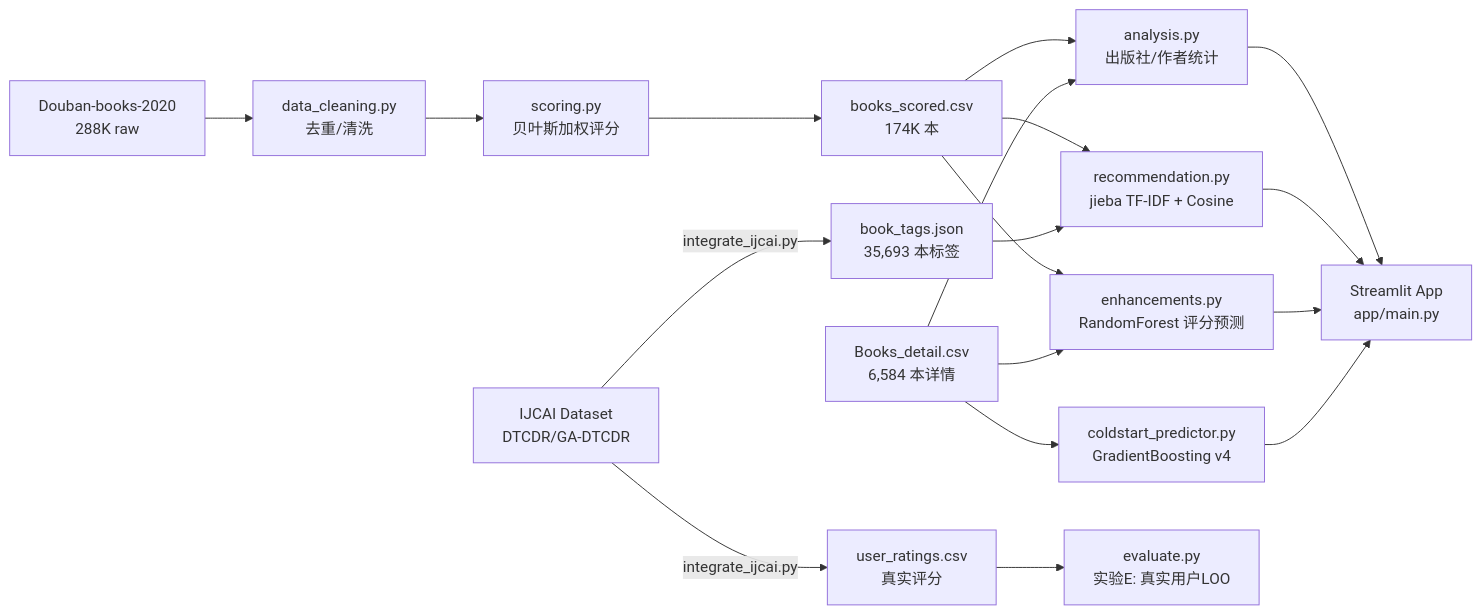
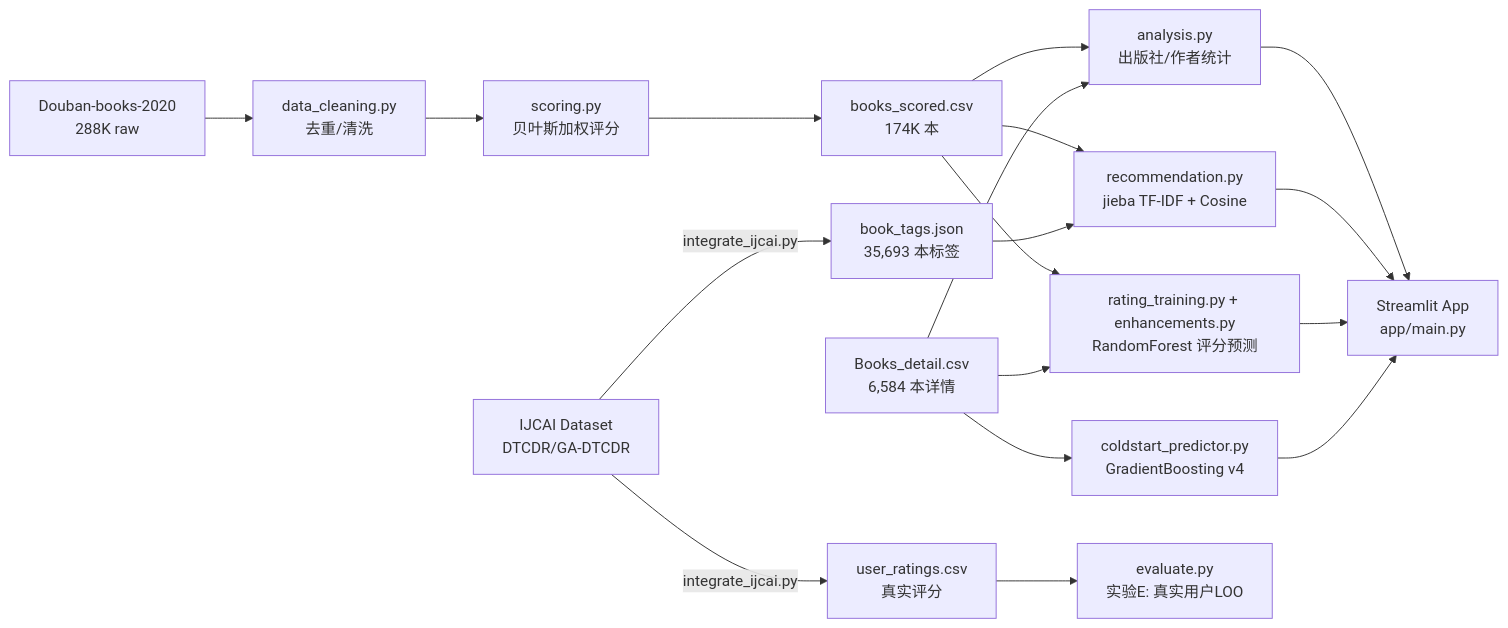
One commit to xiaowanghold-bot/douban-book-recommender changed the diagram in README.md. Above: the diagram before and after it, drawn with Mermaid. The commit also changed other lines of this file and 8 other files, not shown here.

````diff
--- a/README.md
+++ b/README.md
@@ -34,24 +34,24 @@
 ```mermaid
 graph LR
     A[Douban-books-2020<br/>288K raw] --> B[data_cleaning.py<br/>去重/清洗]
     B --> C[scoring.py<br/>贝叶斯加权评分]
     C --> D[books_scored.csv<br/>174K 本]
 
     D --> E[recommendation.py<br/>jieba TF-IDF + Cosine]
     D --> F[analysis.py<br/>出版社/作者统计]
-    D --> G[enhancements.py<br/>RandomForest 评分预测]
+    D --> G[rating_training.py + enhancements.py<br/>RandomForest 评分预测]
 
     F --> H[Streamlit App<br/>app/main.py]
     E --> H
     G --> H
 
     I[Books_detail.csv<br/>6,584 本详情] --> F
     I --> G
     I --> J[coldstart_predictor.py<br/>GradientBoosting v4]
     J --> H
 
     K[IJCAI Dataset<br/>DTCDR/GA-DTCDR] -->|integrate_ijcai.py| L[book_tags.json<br/>35,693 本标签]
     K -->|integrate_ijcai.py| M[user_ratings.csv<br/>真实评分]
     L --> E
     M --> N[evaluate.py<br/>实验E: 真实用户LOO]
 ```
````
